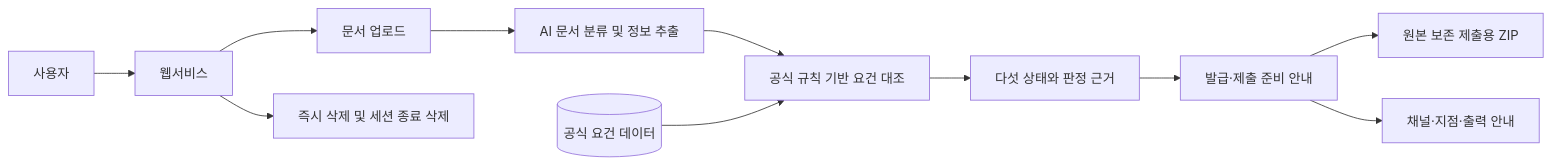
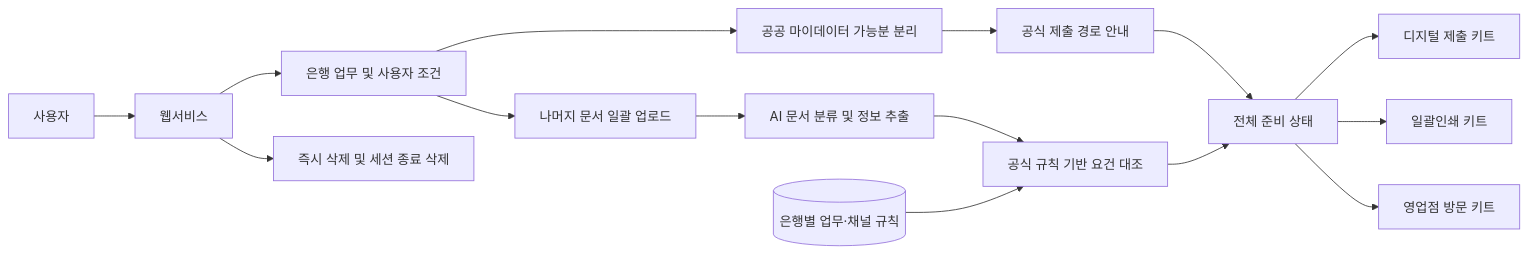
The diagram in README.md (2026-finance-ai-challenge-team/finance2026), drawn with Mermaid before and after one commit. The commit also changed other lines of this file and 28 other files, not shown here.

````diff
--- a/README.md
+++ b/README.md
@@ -119,13 +133,17 @@
 ```mermaid
 graph LR
     A[사용자] --> B[웹서비스]
-    B --> C[문서 업로드]
-    C --> D[AI 문서 분류 및 정보 추출]
-    D --> E[공식 규칙 기반 요건 대조]
-    F[(공식 요건 데이터)] --> E
-    E --> G[다섯 상태와 판정 근거]
-    G --> H[발급·제출 준비 안내]
-    H --> I[원본 보존 제출용 ZIP]
-    H --> J[채널·지점·출력 안내]
-    B --> K[즉시 삭제 및 세션 종료 삭제]
+    B --> C[은행 업무 및 사용자 조건]
+    C --> D[공공 마이데이터 가능분 분리]
+    D --> E[공식 제출 경로 안내]
+    C --> F[나머지 문서 일괄 업로드]
+    F --> G[AI 문서 분류 및 정보 추출]
+    G --> H[공식 규칙 기반 요건 대조]
+    I[(은행별 업무·채널 규칙)] --> H
+    E --> J[전체 준비 상태]
+    H --> J
+    J --> K[디지털 제출 키트]
+    J --> L[일괄인쇄 키트]
+    J --> M[영업점 방문 키트]
+    B --> N[즉시 삭제 및 세션 종료 삭제]
 ```
````
